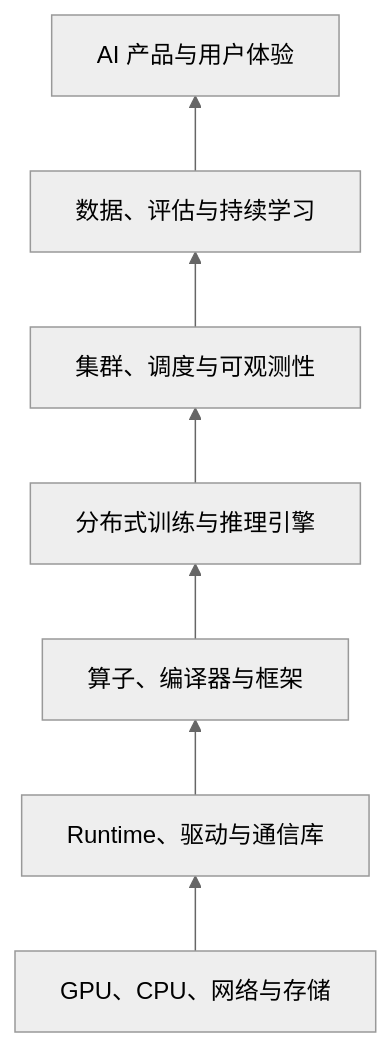
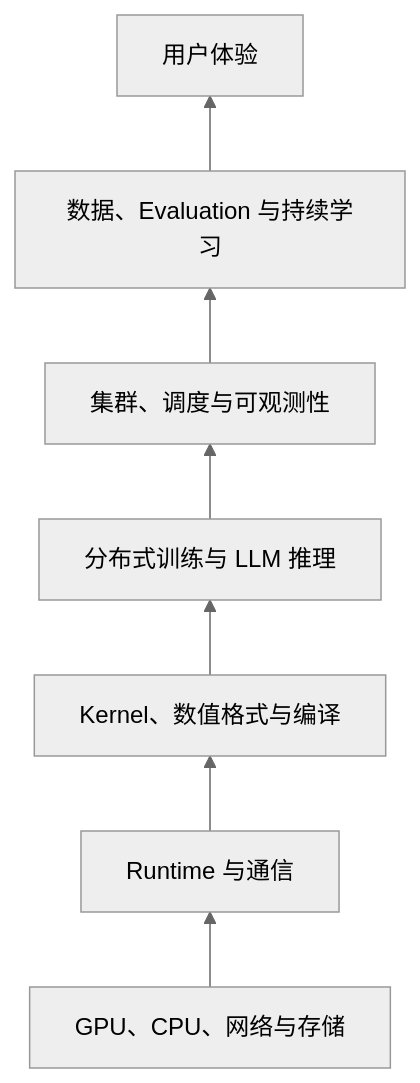
The diagram in ai-infra/README.md (tianyi-zhang-02/cooking-agi), drawn with Mermaid (neutral theme) before and after one commit. The commit also changed other lines of this file and 41 other files, not shown here.

````diff
--- a/ai-infra/README.md
+++ b/ai-infra/README.md
@@ -25,9 +11,9 @@
 ```mermaid
 flowchart BT
-    A[GPU、CPU、网络与存储] --> B[Runtime、驱动与通信库]
-    B --> C[算子、编译器与框架]
-    C --> D[分布式训练与推理引擎]
+    A[GPU、CPU、网络与存储] --> B[Runtime 与通信]
+    B --> C[Kernel、数值格式与编译]
+    C --> D[分布式训练与 LLM 推理]
     D --> E[集群、调度与可观测性]
-    E --> F[数据、评估与持续学习]
-    F --> G[AI 产品与用户体验]
+    E --> F[数据、Evaluation 与持续学习]
+    F --> G[用户体验]
 ```
````
